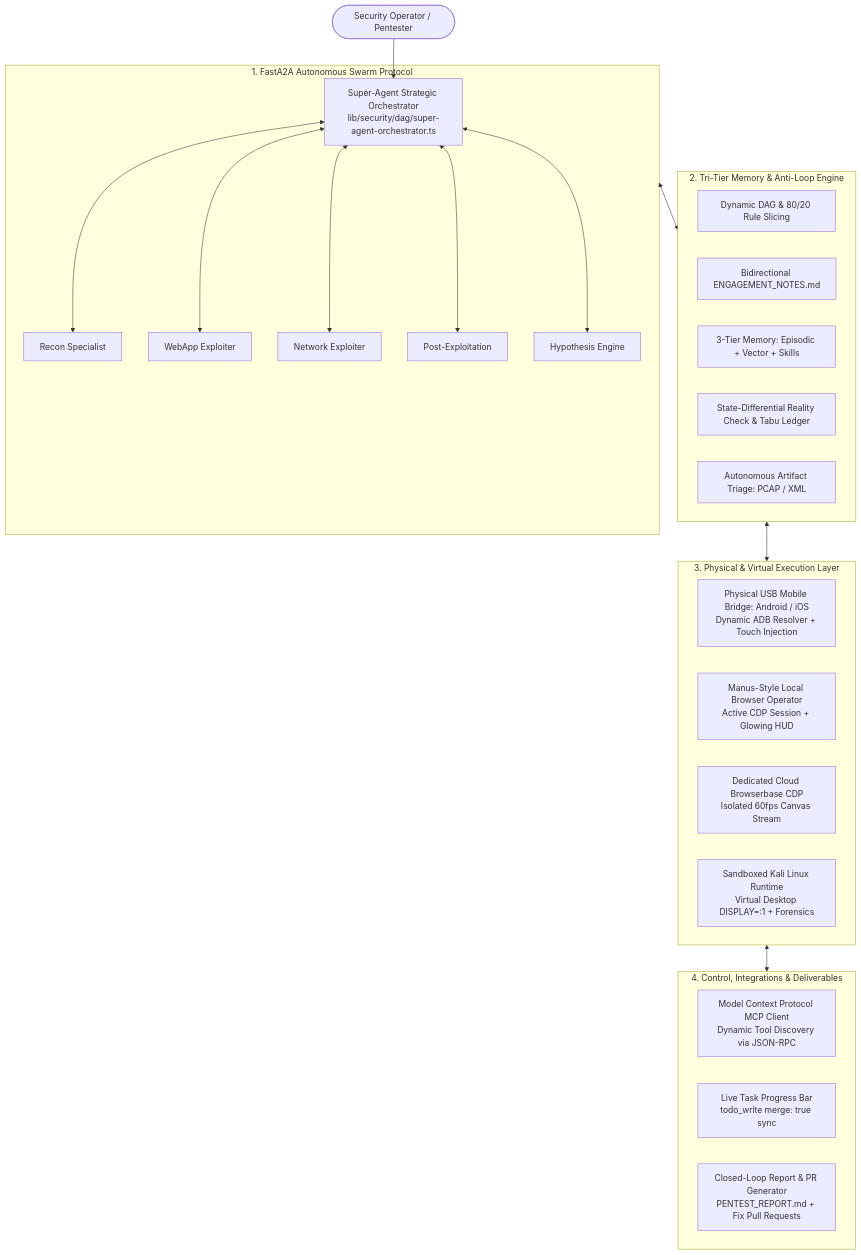
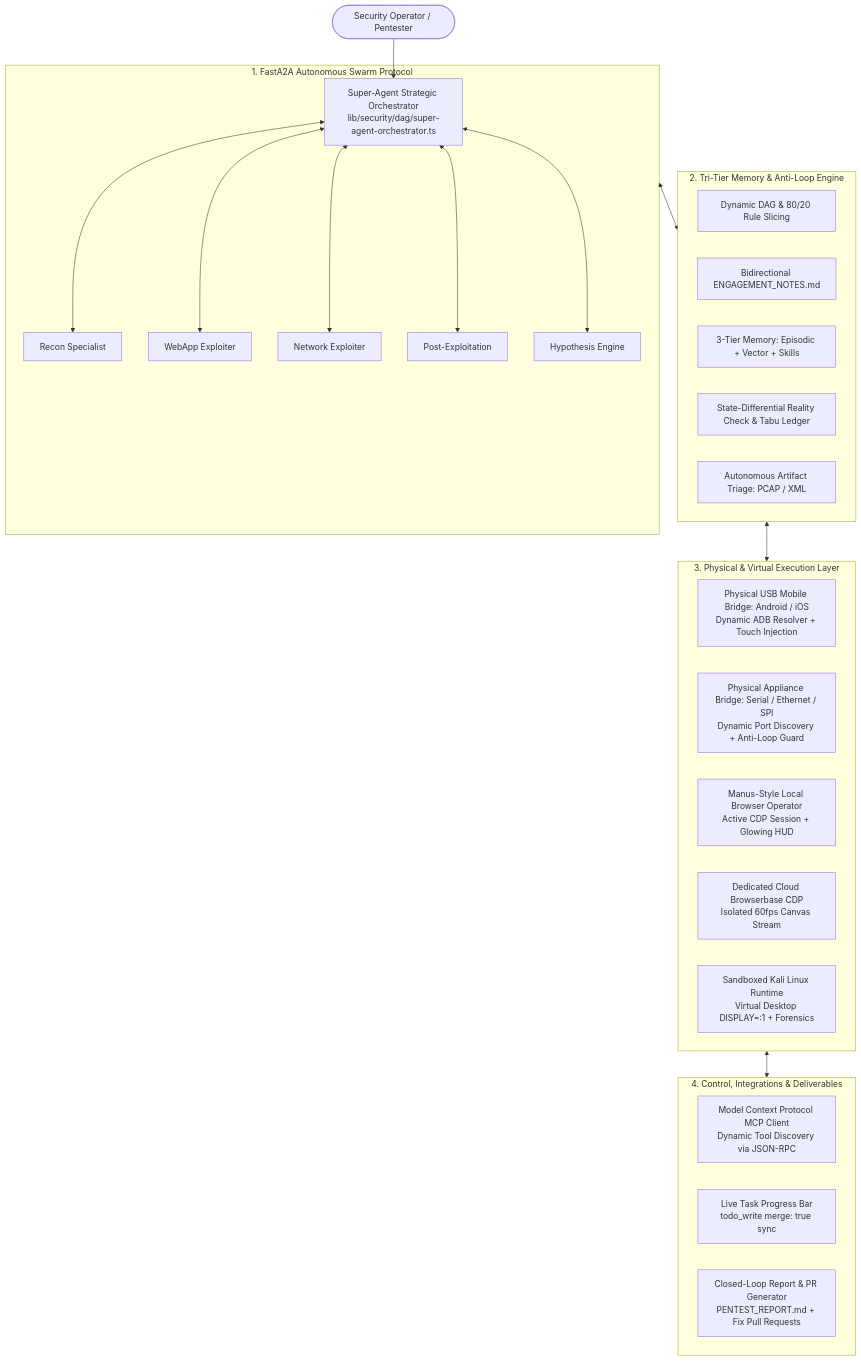
One commit to SunnyThakur25/REDHUNTER-AI changed the diagram in README.md. Above: the diagram before and after it, drawn with Mermaid. The commit also changed other lines of this file, not shown here.

First line of the commit message:
Revise README for hardware bridge and OSINT updates

````diff
--- a/README.md
+++ b/README.md
@@ -118,37 +127,38 @@
 ```mermaid
 graph TD
     User([Security Operator / Pentester]) --> Orchestrator[Super-Agent Strategic Orchestrator\nlib/security/dag/super-agent-orchestrator.ts]
 
     subgraph SwarmLayer ["1. FastA2A Autonomous Swarm Protocol"]
         Orchestrator <--> Recon[Recon Specialist]
         Orchestrator <--> WebApp[WebApp Exploiter]
         Orchestrator <--> Network[Network Exploiter]
         Orchestrator <--> PostEx[Post-Exploitation]
         Orchestrator <--> Hypothesis[Hypothesis Engine]
     end
 
     subgraph IntelligenceCore ["2. Tri-Tier Memory & Anti-Loop Engine"]
         DAG[Dynamic DAG & 80/20 Rule Slicing]
         MemBridge[Bidirectional ENGAGEMENT_NOTES.md]
         Memory[3-Tier Memory: Episodic + Vector + Skills]
         Stagnation[State-Differential Reality Check & Tabu Ledger]
         Triage[Autonomous Artifact Triage: PCAP / XML]
     end
 
     subgraph PhysicalAndVirtualExecution ["3. Physical & Virtual Execution Layer"]
         USBBridge[Physical USB Mobile Bridge: Android / iOS\nDynamic ADB Resolver + Touch Injection]
+        HardwareBridge[Physical Appliance Bridge: Serial / Ethernet / SPI\nDynamic Port Discovery + Anti-Loop Guard]
         LocalBrowser[Manus-Style Local Browser Operator\nActive CDP Session + Glowing HUD]
         CloudBrowser[Dedicated Cloud Browserbase CDP\nIsolated 60fps Canvas Stream]
         KaliRuntime[Sandboxed Kali Linux Runtime\nVirtual Desktop DISPLAY=:1 + Forensics]
     end
 
     subgraph EnterpriseDeliverables ["4. Control, Integrations & Deliverables"]
         MCPClient[Model Context Protocol MCP Client\nDynamic Tool Discovery via JSON-RPC]
         LiveProgress[Live Task Progress Bar\ntodo_write merge: true sync]
         ReportGen[Closed-Loop Report & PR Generator\nPENTEST_REPORT.md + Fix Pull Requests]
     end
 
     SwarmLayer <--> IntelligenceCore
     IntelligenceCore <--> PhysicalAndVirtualExecution
     PhysicalAndVirtualExecution <--> EnterpriseDeliverables
 ```
````
